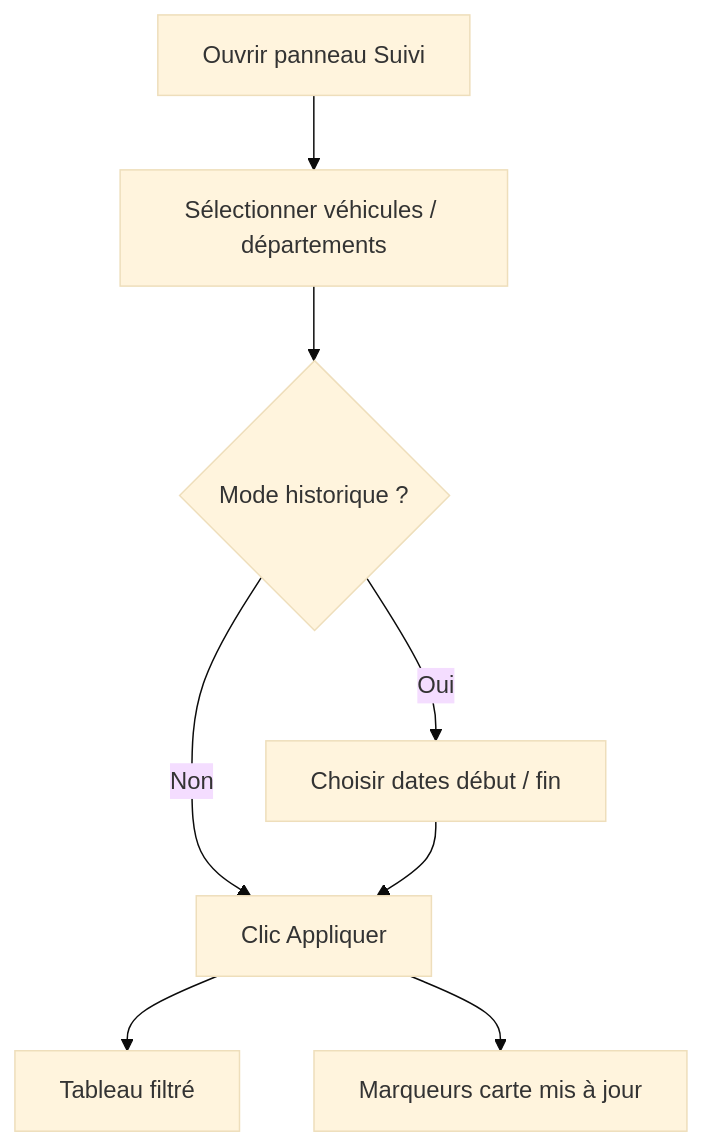
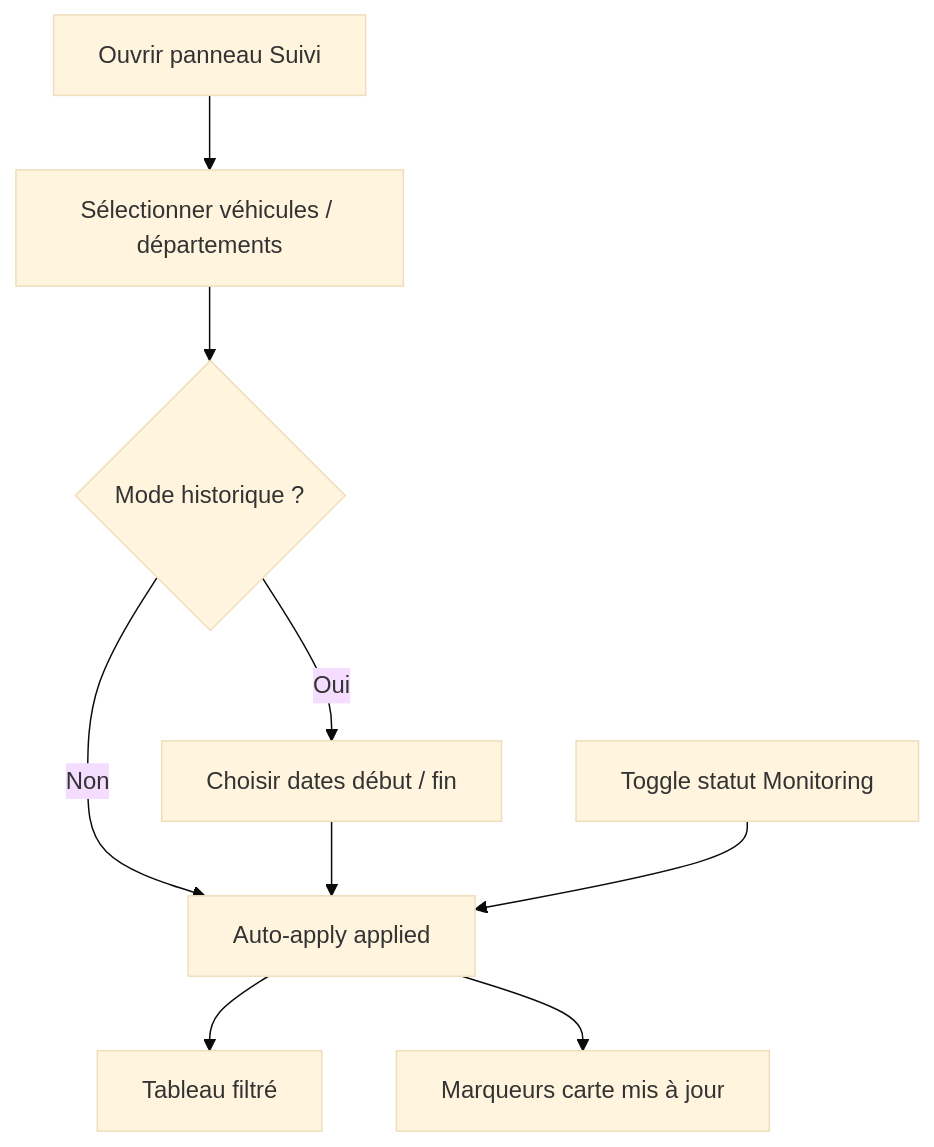
One commit to azizhadrouktunav/FleetIQ_V1 changed the second of 3 diagrams in description/Epic-1-Tracking.md. Above: the diagram before and after it, drawn with Mermaid (base theme). The commit also changed other lines of this file and 58 other files, not shown here.

````diff
--- a/description/Epic-1-Tracking.md
+++ b/description/Epic-1-Tracking.md
@@ -262,10 +268,11 @@
 ```mermaid
 flowchart TD
   A[Ouvrir panneau Suivi] --> B[Sélectionner véhicules / départements]
   B --> C{Mode historique ?}
   C -- Oui --> D[Choisir dates début / fin]
-  C -- Non --> E[Clic Appliquer]
+  C -- Non --> E[Auto-apply applied]
   D --> E
   E --> F[Tableau filtré]
   E --> G[Marqueurs carte mis à jour]
+  H[Toggle statut Monitoring] --> E
 ```
````
